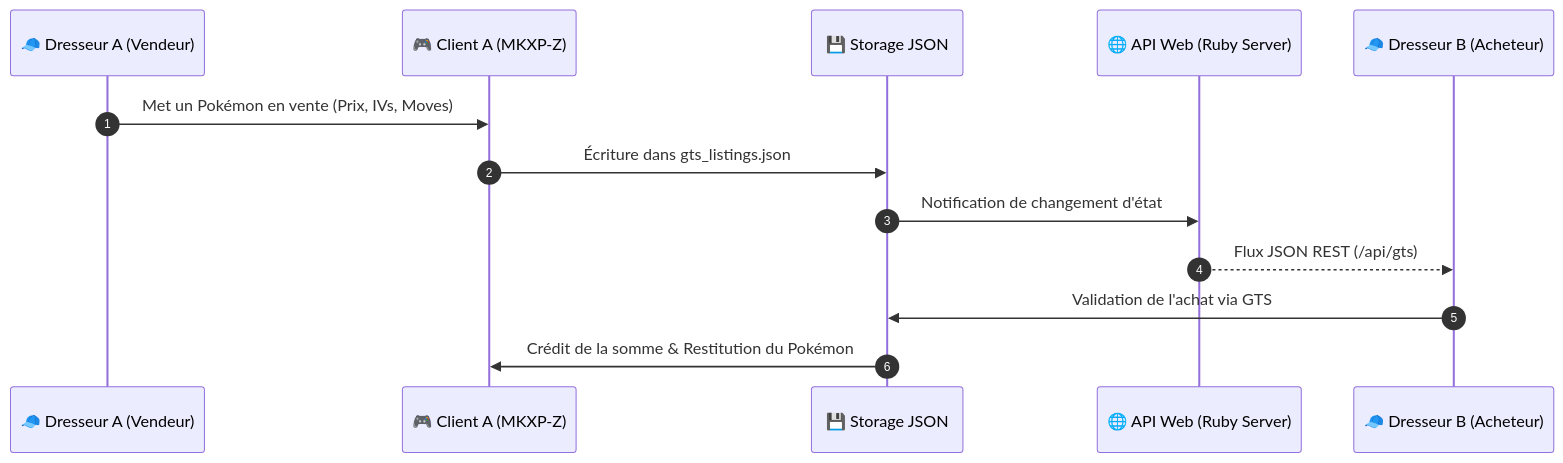
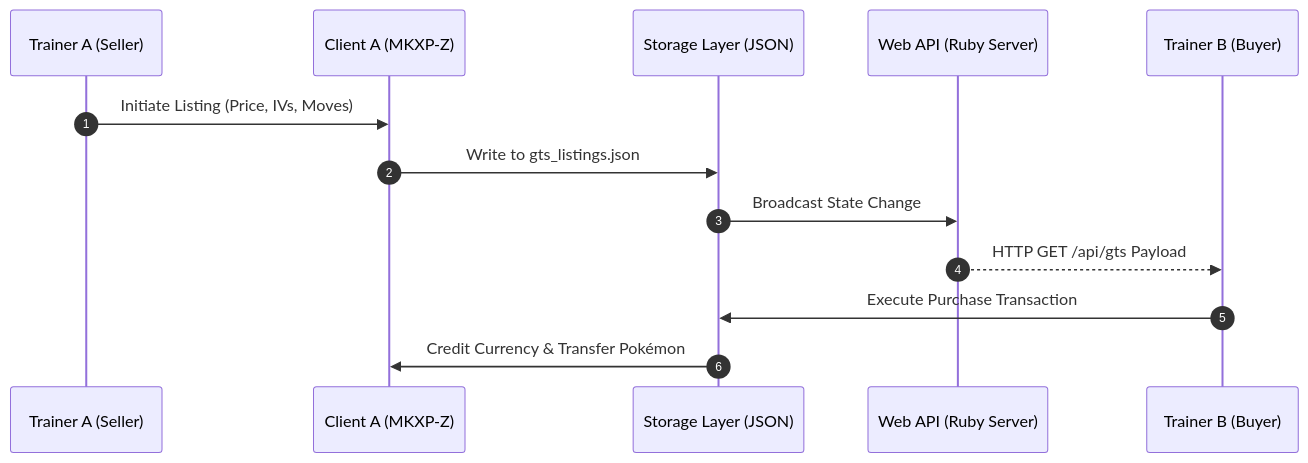
One commit to NISMOR33/POKEMON-ONLINE changed the second of 2 diagrams in README.md. Above: the diagram before and after it, drawn with Mermaid. The commit also changed other lines of this file, not shown here.

Commit message:
feat: GTS enhancements, Delete Save button UI, intro graphics & professional README

````diff
--- a/README.md
+++ b/README.md
@@ -204,16 +113,16 @@
 ```mermaid
 sequenceDiagram
     autonumber
-    participant Vendeur as 🧢 Dresseur A (Vendeur)
-    participant ClientA as 🎮 Client A (MKXP-Z)
-    participant Storage as 💾 Storage JSON
-    participant WebAPI as 🌐 API Web (Ruby Server)
-    participant Acheteur as 🧢 Dresseur B (Acheteur)
+    participant TraderA as Trainer A (Seller)
+    participant ClientA as Client A (MKXP-Z)
+    participant Storage as Storage Layer (JSON)
+    participant WebAPI as Web API (Ruby Server)
+    participant TraderB as Trainer B (Buyer)
 
-    Vendeur->>ClientA: Met un Pokémon en vente (Prix, IVs, Moves)
-    ClientA->>Storage: Écriture dans gts_listings.json
-    Storage->>WebAPI: Notification de changement d'état
-    WebAPI-->>Acheteur: Flux JSON REST (/api/gts)
-    Acheteur->>Storage: Validation de l'achat via GTS
-    Storage->>ClientA: Crédit de la somme & Restitution du Pokémon
+    TraderA->>ClientA: Initiate Listing (Price, IVs, Moves)
+    ClientA->>Storage: Write to gts_listings.json
+    Storage->>WebAPI: Broadcast State Change
+    WebAPI-->>TraderB: HTTP GET /api/gts Payload
+    TraderB->>Storage: Execute Purchase Transaction
+    Storage->>ClientA: Credit Currency & Transfer Pokémon
 ```
````
